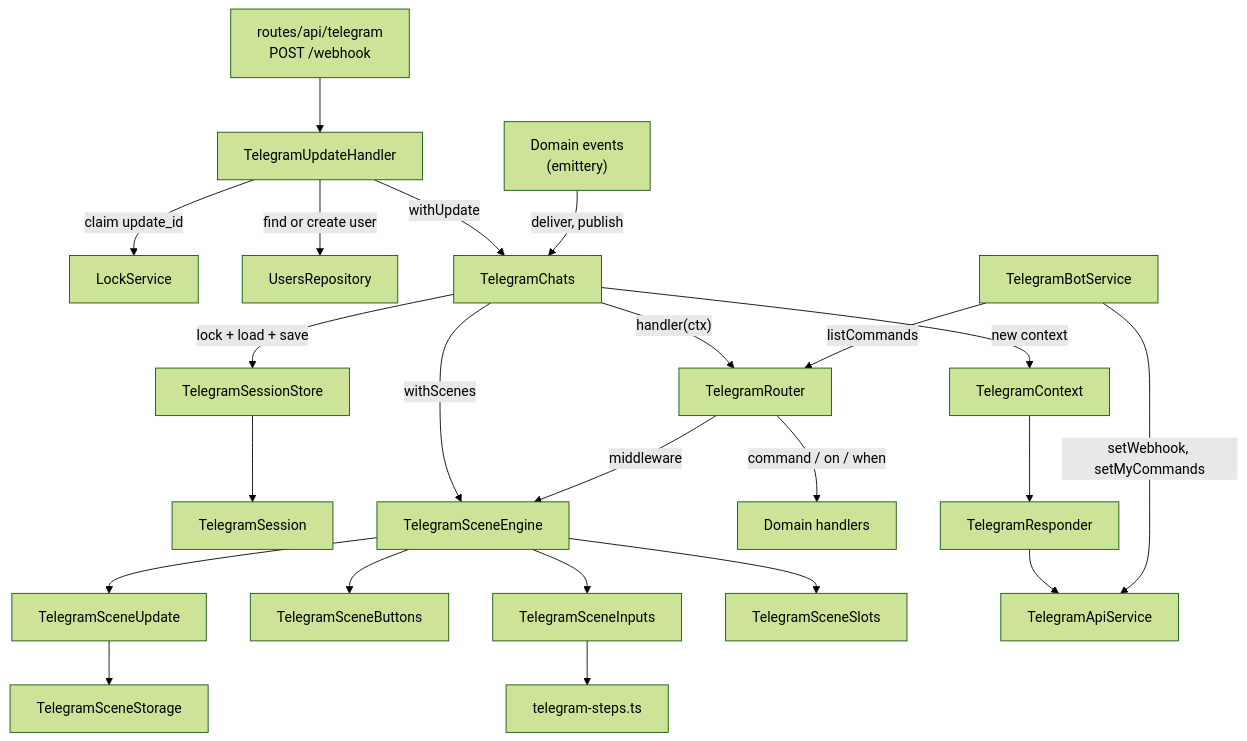
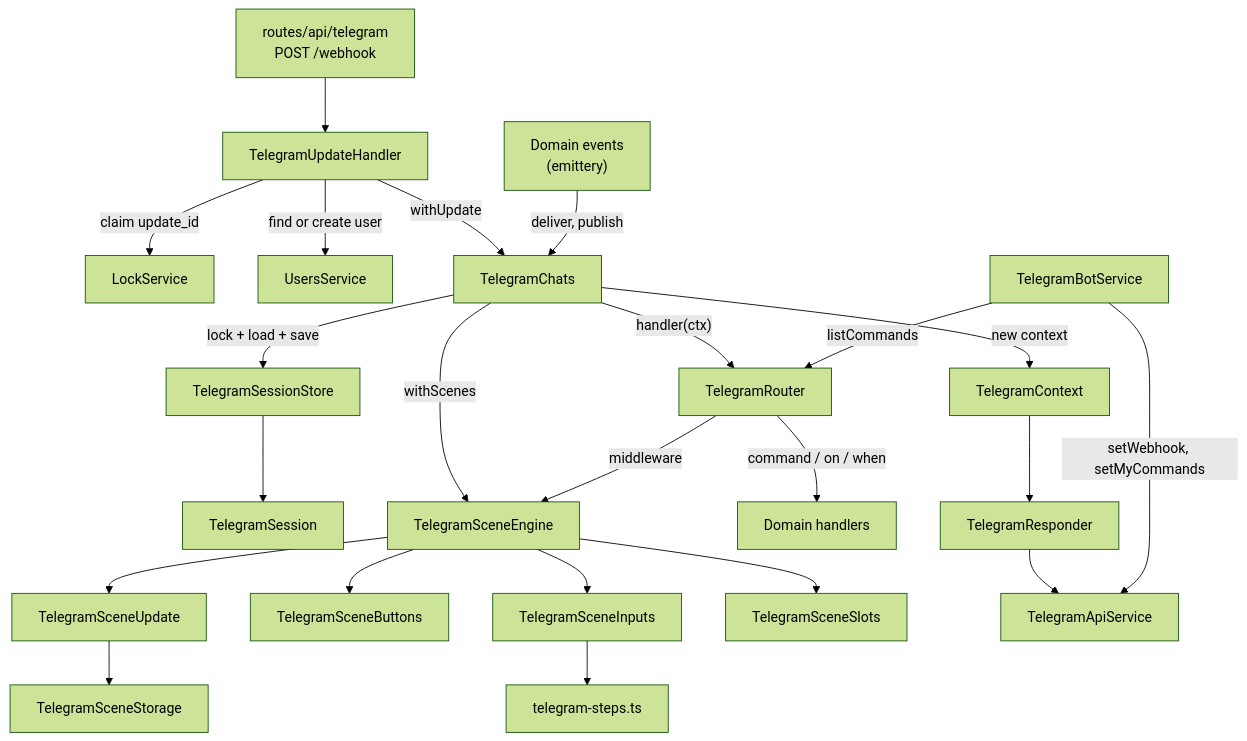
The first of 6 diagrams in apps/server/src/plugins/app/telegram/README.md (ayuvlasenko/smart-assistant), drawn with Mermaid (forest theme) before and after one commit. The commit also changed other lines of this file and 33 other files, not shown here.

````diff
--- a/apps/server/src/plugins/app/telegram/README.md
+++ b/apps/server/src/plugins/app/telegram/README.md
@@ -188,31 +188,31 @@
 ```mermaid
 flowchart TD
     route["routes/api/telegram<br/>POST /webhook"] --> handler[TelegramUpdateHandler]
     handler -->|"claim update_id"| lock[LockService]
-    handler -->|"find or create user"| users[UsersRepository]
+    handler -->|"find or create user"| users[UsersService]
     handler -->|withUpdate| chats[TelegramChats]
 
     chats -->|"lock + load + save"| sessions[TelegramSessionStore]
     sessions --> session[TelegramSession]
     chats -->|"new context"| ctx[TelegramContext]
     chats -->|withScenes| engine[TelegramSceneEngine]
     chats -->|"handler(ctx)"| router[TelegramRouter]
 
     router -->|"middleware"| engine
     router -->|"command / on / when"| domain["Domain handlers"]
 
     engine --> update[TelegramSceneUpdate]
     update --> storage[TelegramSceneStorage]
     engine --> buttons[TelegramSceneButtons]
     engine --> inputs[TelegramSceneInputs]
     engine --> slots[TelegramSceneSlots]
     inputs --> steps["telegram-steps.ts"]
 
     ctx --> responder[TelegramResponder]
     responder --> api[TelegramApiService]
 
     domainEvents["Domain events<br/>(emittery)"] -->|"deliver, publish"| chats
 
     bot[TelegramBotService] -->|"setWebhook, setMyCommands"| api
     bot -->|listCommands| router
 ```
````
